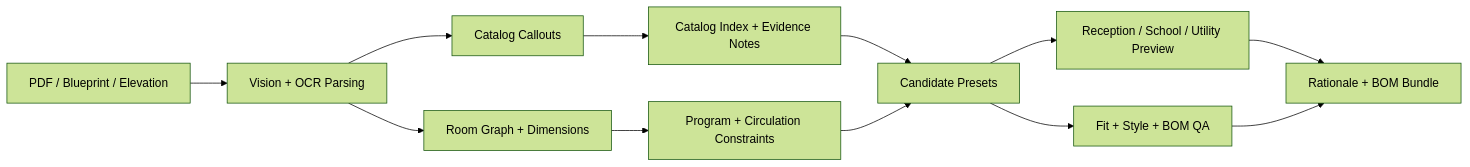
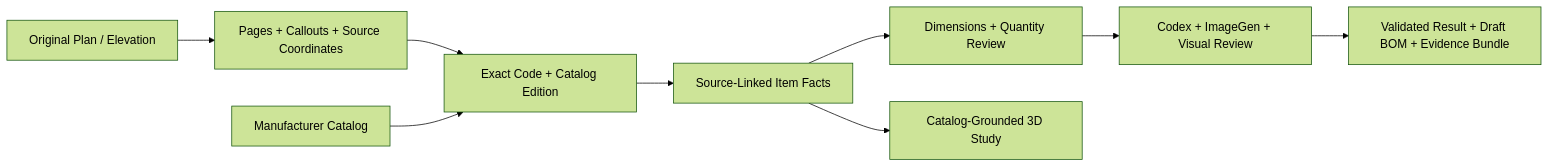
Before and after one commit to zack-dev-cm/zack-dev-cm.github.io: the diagram in docs/projects/architectural-drawing-and-interior-catalog-matching.md, drawn with Mermaid (forest theme). The commit also changed other lines of this file and 80 other files, not shown here.

Commit message:
Add grounded catalog workflow and interactive 3D demo

````diff
--- a/docs/projects/architectural-drawing-and-interior-catalog-matching.md
+++ b/docs/projects/architectural-drawing-and-interior-catalog-matching.md
@@ -42,14 +81,11 @@
 ```mermaid
 flowchart LR
-  Docs["PDF / Blueprint / Elevation"] --> Parse["Vision + OCR Parsing"]
-  Parse --> Rooms["Room Graph + Dimensions"]
-  Parse --> Callouts["Catalog Callouts"]
-  Callouts --> Catalog["Catalog Index + Evidence Notes"]
-  Rooms --> Constraints["Program + Circulation Constraints"]
-  Catalog --> Presets["Candidate Presets"]
-  Constraints --> Presets
-  Presets --> Render["Reception / School / Utility Preview"]
-  Presets --> QA["Fit + Style + BOM QA"]
-  Render --> Export["Rationale + BOM Bundle"]
-  QA --> Export
+  Drawing["Original Plan / Elevation"] --> Evidence["Pages + Callouts + Source Coordinates"]
+  Evidence --> Lookup["Exact Code + Catalog Edition"]
+  Catalog["Manufacturer Catalog"] --> Lookup
+  Lookup --> Facts["Source-Linked Item Facts"]
+  Facts --> Review["Dimensions + Quantity Review"]
+  Review --> Render["Codex + ImageGen + Visual Review"]
+  Render --> BOM["Validated Result + Draft BOM + Evidence Bundle"]
+  Facts --> Preview["Catalog-Grounded 3D Study"]
 ```
````
